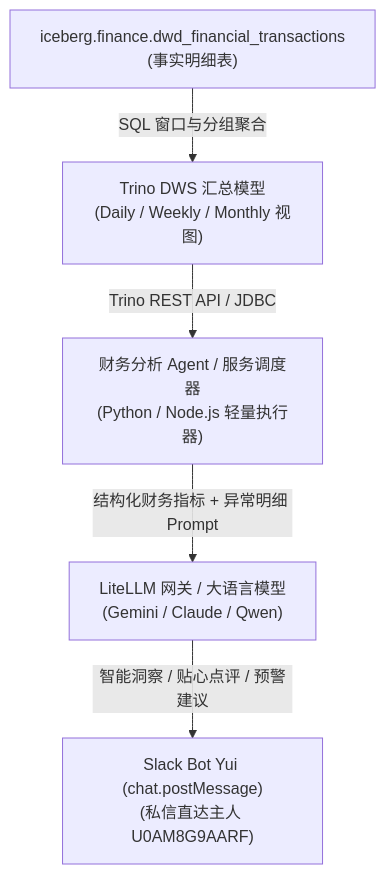
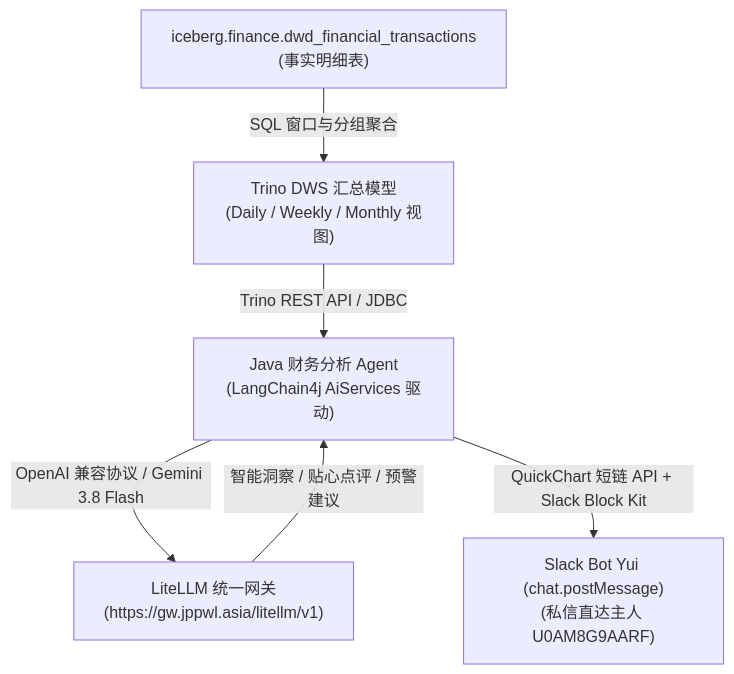
Before and after one commit to nvd11/sms-flink-etl: the diagram in docs/financial-analytics-dws-spec.md, drawn with Mermaid. The commit also changed other lines of this file and 1 other file, not shown here.

Commit message:
docs(dws): finalize LangChain4j and LiteLLM Gemini-3.8 integration specs in roadmap

````diff
--- a/docs/financial-analytics-dws-spec.md
+++ b/docs/financial-analytics-dws-spec.md
@@ -223,7 +223,8 @@
 ```mermaid
 graph TB
     DWD["iceberg.finance.dwd_financial_transactions<br/>(事实明细表)"] -->|SQL 窗口与分组聚合| DWS["Trino DWS 汇总模型<br/>(Daily / Weekly / Monthly 视图)"]
-    DWS -->|Trino REST API / JDBC| AGENT["财务分析 Agent / 服务调度器<br/>(Python / Node.js 轻量执行器)"]
-    AGENT -->|结构化财务指标 + 异常明细 Prompt| LLM["LiteLLM 网关 / 大语言模型<br/>(Gemini / Claude / Qwen)"]
-    LLM -->|智能洞察 / 贴心点评 / 预警建议| YUI["Slack Bot Yui (chat.postMessage)<br/>(私信直达主人 U0AM8G9AARF)"]
+    DWS -->|Trino REST API / JDBC| AGENT["Java 财务分析 Agent<br/>(LangChain4j AiServices 驱动)"]
+    AGENT -->|OpenAI 兼容协议 / Gemini 3.8 Flash| LITELLM["LiteLLM 统一网关<br/>(https://gw.jppwl.asia/litellm/v1)"]
+    LITELLM -->|智能洞察 / 贴心点评 / 预警建议| AGENT
+    AGENT -->|QuickChart 短链 API + Slack Block Kit| YUI["Slack Bot Yui (chat.postMessage)<br/>(私信直达主人 U0AM8G9AARF)"]
 ```
````
